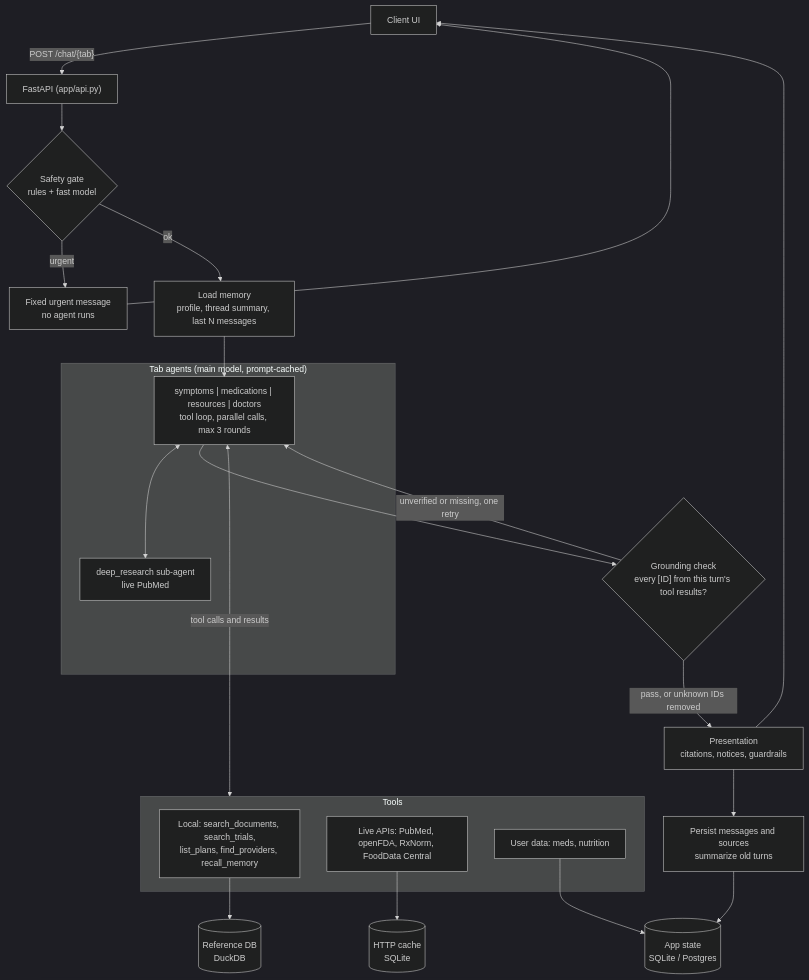
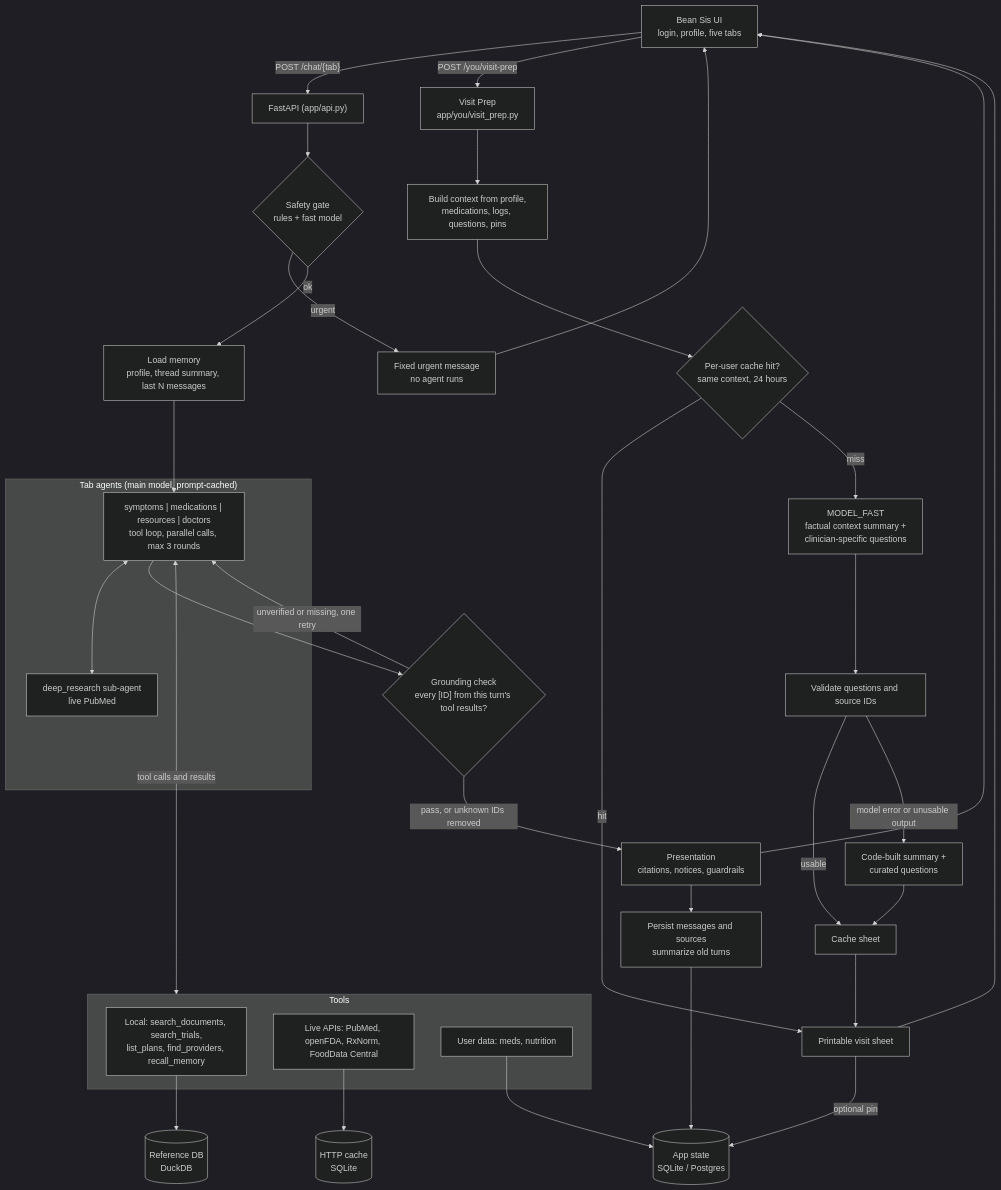
Before and after one commit to mbatheja/BeanSis: the diagram in kidney_app/README.md, drawn with Mermaid (dark theme). The commit also changed other lines of this file and 3 other files, not shown here.

Commit message:
docs: update Bean Sis architecture and setup

````diff
--- a/kidney_app/README.md
+++ b/kidney_app/README.md
@@ -31,34 +31,47 @@
 ```mermaid
 flowchart TD
-    UI["Client UI"] -->|"POST /chat/{tab}"| API["FastAPI (app/api.py)"]
+    UI["Bean Sis UI<br/>login, profile, five tabs"] -->|"POST /chat/{tab}"| API["FastAPI (app/api.py)"]
     API --> SAFE{"Safety gate<br/>rules + fast model"}
     SAFE -->|urgent| FIXED["Fixed urgent message<br/>no agent runs"]
     SAFE -->|ok| MEM["Load memory<br/>profile, thread summary, last N messages"]
     MEM --> AGENT
 
     subgraph AGENTS["Tab agents (main model, prompt-cached)"]
         AGENT["symptoms | medications | resources | doctors<br/>tool loop, parallel calls, max 3 rounds"]
         RES["deep_research sub-agent<br/>live PubMed"]
         AGENT <--> RES
     end
 
     AGENT <-->|tool calls and results| TOOLS
 
     subgraph TOOLS["Tools"]
         LOCAL["Local: search_documents, search_trials,<br/>list_plans, find_providers, recall_memory"]
         EXT["Live APIs: PubMed, openFDA, RxNorm, FoodData Central"]
         USER["User data: meds, nutrition"]
     end
 
     LOCAL --> REFDB[("Reference DB<br/>DuckDB")]
     EXT --> CACHE[("HTTP cache<br/>SQLite")]
     USER --> STATE[("App state<br/>SQLite / Postgres")]
 
     AGENT --> GROUND{"Grounding check<br/>every [ID] from this turn's tool results?"}
     GROUND -->|"unverified or missing, one retry"| AGENT
     GROUND -->|pass, or unknown IDs removed| PRES["Presentation<br/>citations, notices, guardrails"]
     PRES --> SAVE["Persist messages and sources<br/>summarize old turns"]
     SAVE --> STATE
     PRES --> UI
     FIXED --> UI
+
+    UI -->|"POST /you/visit-prep"| VISIT["Visit Prep<br/>app/you/visit_prep.py"]
+    VISIT --> CONTEXT["Build context from profile,<br/>medications, logs, questions, pins"]
+    CONTEXT --> VCACHE{"Per-user cache hit?<br/>same context, 24 hours"}
+    VCACHE -->|hit| SHEET["Printable visit sheet"]
+    VCACHE -->|miss| FAST["MODEL_FAST<br/>factual context summary +<br/>clinician-specific questions"]
+    FAST --> VALIDATE["Validate questions and source IDs"]
+    VALIDATE -->|usable| SAVEVISIT["Cache sheet"]
+    VALIDATE -->|model error or unusable output| FALLBACK["Code-built summary +<br/>curated questions"]
+    FALLBACK --> SAVEVISIT
+    SAVEVISIT --> SHEET
+    SHEET -->|optional pin| STATE
+    SHEET --> UI
 ```
````
